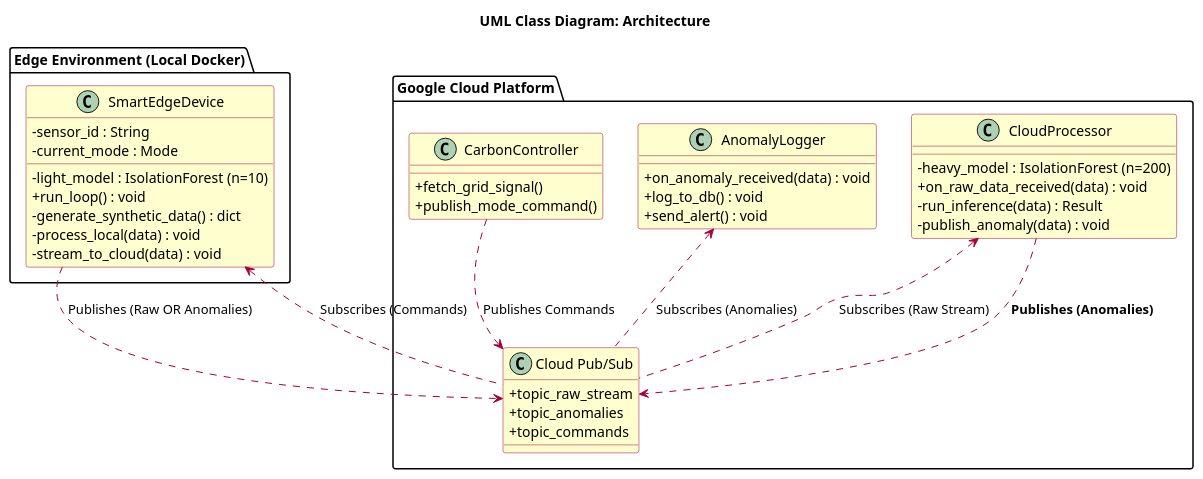
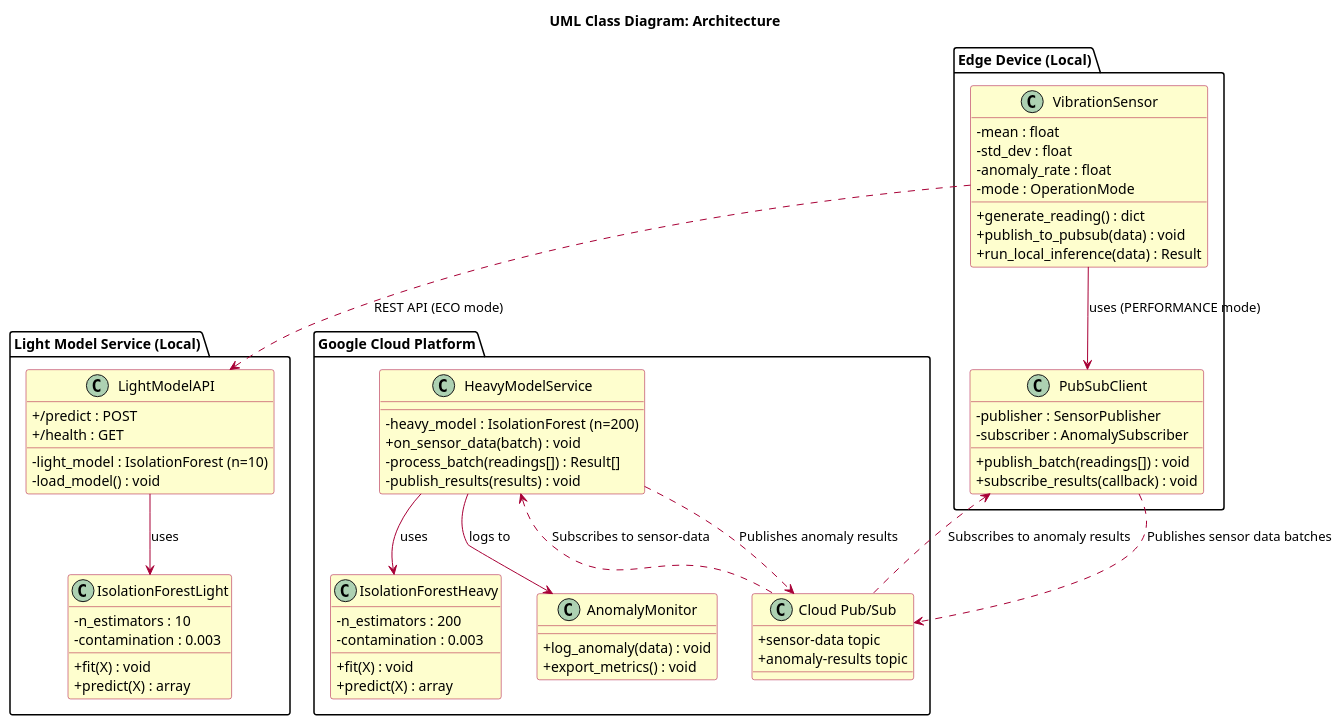
Before and after one commit to Taki224/AI-Architecture-and-Cloud-Computing-Final-Project: the diagram in plans/uml.plantuml, drawn with PlantUML. The commit also changed 30 other files, not shown here.

```diff
--- a/plans/uml.plantuml
+++ b/plans/uml.plantuml
@@ -1,62 +1,88 @@
 @startuml
 skinparam classAttributeIconSize 0
 skinparam backgroundColor white
 skinparam classBackgroundColor #FEFECE
 skinparam classBorderColor #A80036
 skinparam arrowColor #A80036
 
 title UML Class Diagram: Architecture
 
-package "Edge Environment (Local Docker)" {
-    class SmartEdgeDevice {
-        - sensor_id : String
-        - current_mode : Mode
+package "Edge Device (Local)" {
+    class VibrationSensor {
+        - mean : float
+        - std_dev : float
+        - anomaly_rate : float
+        - mode : OperationMode
+        + generate_reading() : dict
+        + publish_to_pubsub(data) : void
+        + run_local_inference(data) : Result
+    }
+    
+    class PubSubClient {
+        - publisher : SensorPublisher
+        - subscriber : AnomalySubscriber
+        + publish_batch(readings[]) : void
+        + subscribe_results(callback) : void
+    }
+    
+    VibrationSensor --> PubSubClient : uses (PERFORMANCE mode)
+}
+
+package "Light Model Service (Local)" {
+    class LightModelAPI {
         - light_model : IsolationForest (n=10)
-        + run_loop() : void
-        - generate_synthetic_data() : dict
-        - process_local(data) : void
-        - stream_to_cloud(data) : void
+        + /predict : POST
+        + /health : GET
+        - load_model() : void
     }
+    
+    class IsolationForestLight {
+        - n_estimators : 10
+        - contamination : 0.003
+        + fit(X) : void
+        + predict(X) : array
+    }
+    
+    LightModelAPI --> IsolationForestLight : uses
 }
+
+VibrationSensor ..> LightModelAPI : REST API (ECO mode)
 
 package "Google Cloud Platform" {
     
     class "Cloud Pub/Sub" as PubSub {
-        + topic_raw_stream
-        + topic_anomalies
-        + topic_commands
+        + sensor-data topic
+        + anomaly-results topic
     }
 
-    class CloudProcessor {
+    class HeavyModelService {
         - heavy_model : IsolationForest (n=200)
-        + on_raw_data_received(data) : void
-        - run_inference(data) : Result
-        - publish_anomaly(data) : void
-    }
-
-    class AnomalyLogger {
-        + on_anomaly_received(data) : void
-        + log_to_db() : void
-        + send_alert() : void
+        + on_sensor_data(batch) : void
+        - process_batch(readings[]) : Result[]
+        - publish_results(results) : void
     }
     
-    class CarbonController {
-        + fetch_grid_signal()
-        + publish_mode_command()
+    class IsolationForestHeavy {
+        - n_estimators : 200
+        - contamination : 0.003
+        + fit(X) : void
+        + predict(X) : array
     }
+    
+    class AnomalyMonitor {
+        + log_anomaly(data) : void
+        + export_metrics() : void
+    }
+    
+    HeavyModelService --> IsolationForestHeavy : uses
+    HeavyModelService --> AnomalyMonitor : logs to
 }
 
 ' Relationships
-SmartEdgeDevice ..> PubSub : Publishes (Raw OR Anomalies)
-SmartEdgeDevice <.. PubSub : Subscribes (Commands)
+PubSubClient ..> PubSub : Publishes sensor data batches
+PubSubClient <.. PubSub : Subscribes to anomaly results
 
-' THE FIX: CloudProcessor now Publishes to PubSub too
-CloudProcessor <.. PubSub : Subscribes (Raw Stream)
-CloudProcessor ..> PubSub : **Publishes (Anomalies)**
-
-' AnomalyLogger listens to BOTH
-AnomalyLogger <.. PubSub : Subscribes (Anomalies)
-
-CarbonController ..> PubSub : Publishes Commands
+HeavyModelService <.. PubSub : Subscribes to sensor-data
+HeavyModelService ..> PubSub : Publishes anomaly results
 
 @enduml
```
